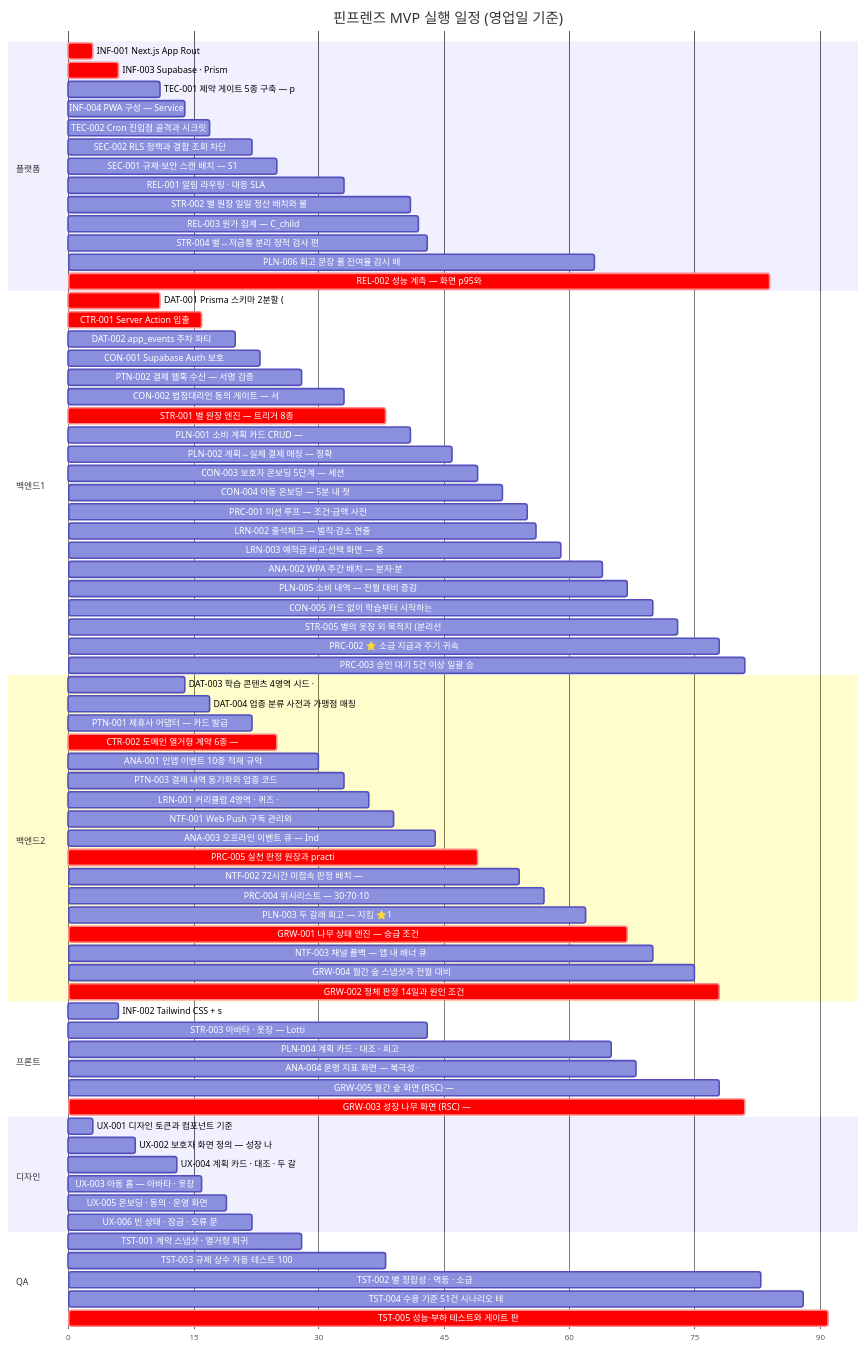
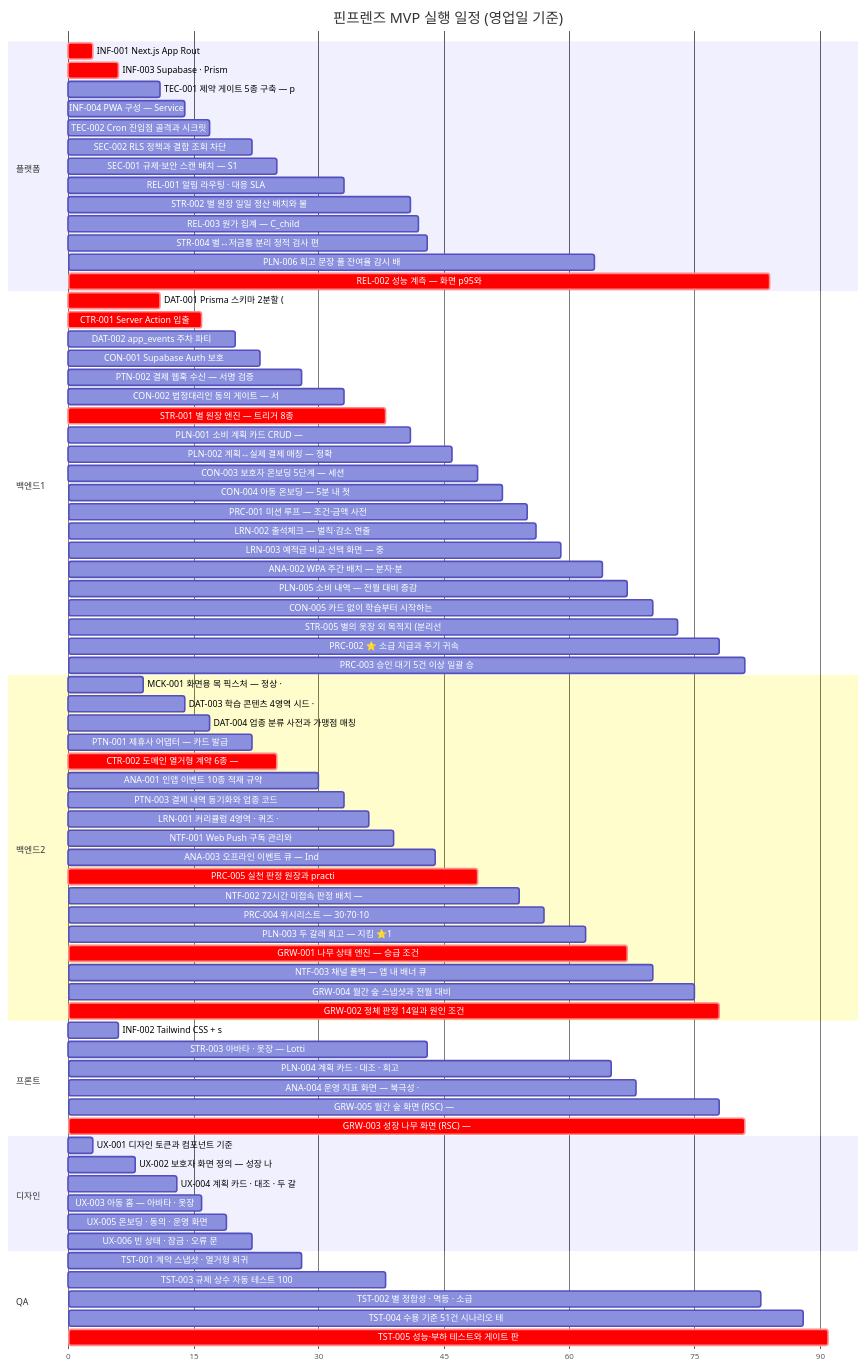
One commit to 2ma1995/finfriends-toSRS changed the third of 3 diagrams in docs/plan-docs/[Plan]FinFriends-Execution-Plan.md. Above: the diagram before and after it, drawn with Mermaid. The commit also changed other lines of this file and 18 other files, not shown here.

````diff
--- a/docs/plan-docs/[Plan]FinFriends-Execution-Plan.md
+++ b/docs/plan-docs/[Plan]FinFriends-Execution-Plan.md
@@ -196,79 +201,80 @@
 ```mermaid
 gantt
     title 핀프렌즈 MVP 실행 일정 (영업일 기준)
     dateFormat X
     axisFormat %s
     section 플랫폼
     INF-001 Next.js App Rout :crit, INF_001, 0, 3
     INF-003 Supabase · Prism :crit, INF_003, 3, 6
     TEC-001 제약 게이트 5종 구축 — p :TEC_001, 6, 11
     INF-004 PWA 구성 — Service :INF_004, 11, 14
     TEC-002 Cron 진입점 골격과 시크릿 :TEC_002, 14, 17
     SEC-002 RLS 정책과 결합 조회 차단 :SEC_002, 17, 22
     SEC-001 규제·보안 스캔 배치 — S1 :SEC_001, 22, 25
     REL-001 알림 라우팅 · 대응 SLA  :REL_001, 30, 33
     STR-002 별 원장 일일 정산 배치와 불 :STR_002, 38, 41
     REL-003 원가 집계 — C_child  :REL_003, 41, 42
     STR-004 별↔저금통 분리 정적 검사 편 :STR_004, 42, 43
     PLN-006 회고 문장 풀 잔여율 감시 배 :PLN_006, 62, 63
     REL-002 성능 계측 — 화면 p95와  :crit, REL_002, 81, 84
     section 백엔드1
     DAT-001 Prisma 스키마 2분할 ( :crit, DAT_001, 6, 11
     CTR-001 Server Action 입출 :crit, CTR_001, 11, 16
     DAT-002 app_events 주차 파티 :DAT_002, 17, 20
     CON-001 Supabase Auth 보호 :CON_001, 20, 23
     PTN-002 결제 웹훅 수신 — 서명 검증 :PTN_002, 23, 28
     CON-002 법정대리인 동의 게이트 — 서 :CON_002, 28, 33
     STR-001 별 원장 엔진 — 트리거 8종 :crit, STR_001, 33, 38
     PLN-001 소비 계획 카드 CRUD —  :PLN_001, 38, 41
     PLN-002 계획↔실제 결제 매칭 — 정확 :PLN_002, 41, 46
     CON-003 보호자 온보딩 5단계 — 세션 :CON_003, 46, 49
     CON-004 아동 온보딩 — 5분 내 첫  :CON_004, 49, 52
     PRC-001 미션 루프 — 조건·금액 사전 :PRC_001, 52, 55
     LRN-002 출석체크 — 벌칙·감소 연출  :LRN_002, 55, 56
     LRN-003 예적금 비교·선택 화면 — 중 :LRN_003, 56, 59
     ANA-002 WPA 주간 배치 — 분자·분 :ANA_002, 59, 64
     PLN-005 소비 내역 — 전월 대비 증감 :PLN_005, 64, 67
     CON-005 카드 없이 학습부터 시작하는  :CON_005, 67, 70
     STR-005 별의 옷장 외 목적지 (분리선 :STR_005, 70, 73
     PRC-002 ⭐ 소급 지급과 주기 귀속 :PRC_002, 73, 78
     PRC-003 승인 대기 5건 이상 일괄 승 :PRC_003, 78, 81
     section 백엔드2
+    MCK-001 화면용 목 픽스처 — 정상 · :MCK_001, 6, 9
     DAT-003 학습 콘텐츠 4영역 시드 ·  :DAT_003, 11, 14
     DAT-004 업종 분류 사전과 가맹점 매칭 :DAT_004, 14, 17
     PTN-001 제휴사 어댑터 — 카드 발급  :PTN_001, 17, 22
     CTR-002 도메인 열거형 계약 6종 —  :crit, CTR_002, 22, 25
     ANA-001 인앱 이벤트 10종 적재 규약 :ANA_001, 25, 30
     PTN-003 결제 내역 동기화와 업종 코드 :PTN_003, 30, 33
     LRN-001 커리큘럼 4영역 · 퀴즈 ·  :LRN_001, 33, 36
     NTF-001 Web Push 구독 관리와  :NTF_001, 36, 39
     ANA-003 오프라인 이벤트 큐 — Ind :ANA_003, 39, 44
     PRC-005 실천 판정 원장과 practi :crit, PRC_005, 44, 49
     NTF-002 72시간 미접속 판정 배치 — :NTF_002, 49, 54
     PRC-004 위시리스트 — 30·70·10 :PRC_004, 54, 57
     PLN-003 두 갈래 회고 — 지킴 ⭐1  :PLN_003, 57, 62
     GRW-001 나무 상태 엔진 — 승급 조건 :crit, GRW_001, 62, 67
     NTF-003 채널 폴백 — 앱 내 배너 큐 :NTF_003, 67, 70
     GRW-004 월간 숲 스냅샷과 전월 대비  :GRW_004, 70, 75
     GRW-002 정체 판정 14일과 원인 조건 :crit, GRW_002, 75, 78
     section 프론트
     INF-002 Tailwind CSS + s :INF_002, 3, 6
     STR-003 아바타 · 옷장 — Lotti :STR_003, 38, 43
     PLN-004 계획 카드 · 대조 · 회고  :PLN_004, 62, 65
     ANA-004 운영 지표 화면 — 북극성 · :ANA_004, 65, 68
     GRW-005 월간 숲 화면 (RSC) —  :GRW_005, 75, 78
     GRW-003 성장 나무 화면 (RSC) — :crit, GRW_003, 78, 81
     section 디자인
     UX-001 디자인 토큰과 컴포넌트 기준  :UX_001, 0, 3
     UX-002 보호자 화면 정의 — 성장 나 :UX_002, 3, 8
     UX-004 계획 카드 · 대조 · 두 갈 :UX_004, 8, 13
     UX-003 아동 홈 — 아바타 · 옷장  :UX_003, 13, 16
     UX-005 온보딩 · 동의 · 운영 화면 :UX_005, 16, 19
     UX-006 빈 상태 · 잠금 · 오류 문 :UX_006, 19, 22
     section QA
     TST-001 계약 스냅샷 · 열거형 회귀  :TST_001, 25, 28
     TST-003 규제 상수 자동 테스트 100 :TST_003, 33, 38
     TST-002 별 정합성 · 멱등 · 소급  :TST_002, 78, 83
     TST-004 수용 기준 51건 시나리오 테 :TST_004, 83, 88
     TST-005 성능·부하 테스트와 게이트 판 :crit, TST_005, 88, 91
 ```
````
